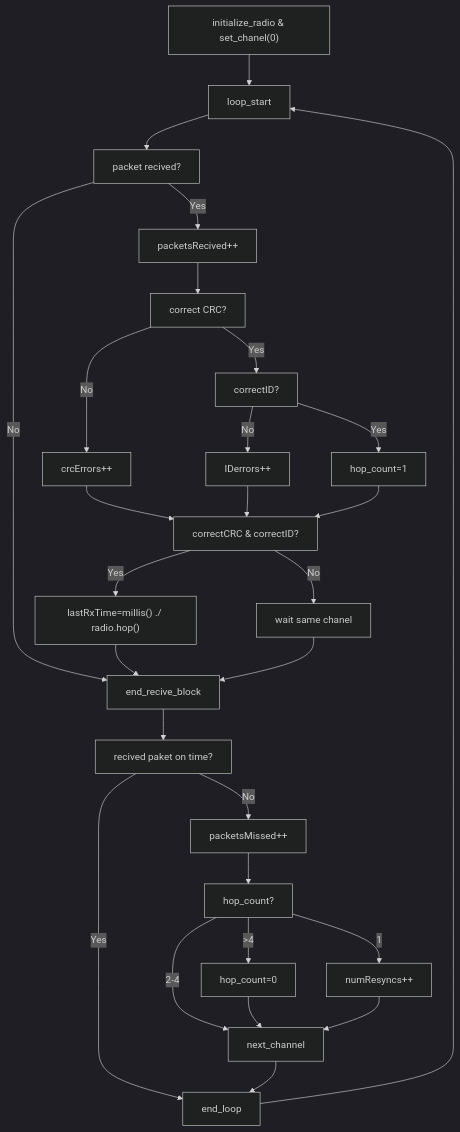
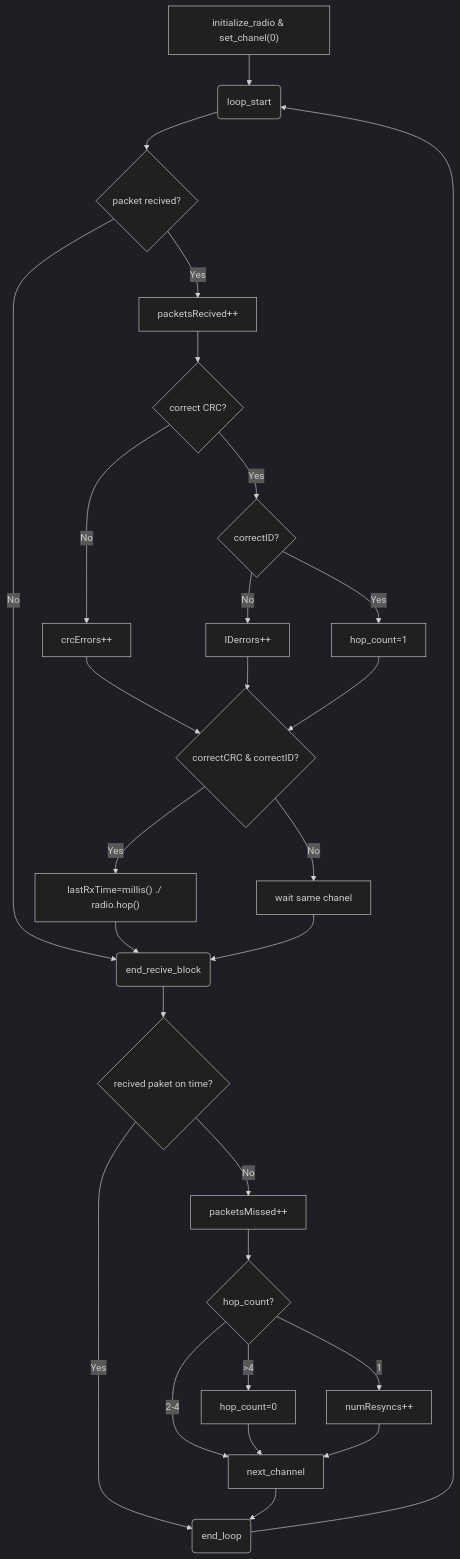
Before and after one commit to DaniAntolin/NodoIoT_RFM69: the diagram in README.md, drawn with Mermaid (dark theme).

````diff
--- a/README.md
+++ b/README.md
@@ -41,30 +41,30 @@
 ```mermaid
 graph TD;
-    1["initialize_radio & set_chanel(0)"]-->2["loop_start"];
-    2["loop_start"]-->3["packet recived?"];
-    3["packet recived?"]-- Yes -->4["packetsRecived++"];
-    3["packet recived?"]-- No -->13["end_recive_block"];
-    4["packetsRecived++"]-->5["correct CRC?"];
-    5["correct CRC?"]-- Yes -->6["correctID?"];
-    5["correct CRC?"]-- No -->7["crcErrors++"];
-    6["correctID?"]-- Yes -->9["hop_count=1"];
-    6["correctID?"]-- No -->8["IDerrors++"];
-    7["crcErrors++"]-->10["correctCRC & correctID?"];
-    8["IDerrors++"]-->10["correctCRC & correctID?"];
-    9["hop_count=1"]-->10["correctCRC & correctID?"];
-    10["correctCRC & correctID?"]-- Yes -->11["lastRxTime=millis() ./ radio.hop()"];
-    10["correctCRC & correctID?"]-- No -->12["wait same chanel"];
-    11["lastRxTime=millis() ./ radio.hop()"]-->13["end_recive_block"];
-    12["wait same chanel"]-->13["end_recive_block"];
-    13["end_recive_block"]-->14["recived paket on time?"];
-    14["recived paket on time?"]-- No -->15["packetsMissed++"];
-    14["recived paket on time?"]-- Yes -->20["end_loop"];
-    15["packetsMissed++"]-->16["hop_count?"];
-    16["hop_count?"]-- 2-4 -->19["next_channel"];
-    16["hop_count?"]-- >4 -->17["hop_count=0"];
-    16["hop_count?"]-- 1 -->18["numResyncs++"];
+    1["initialize_radio & set_chanel(0)"]-->2("loop_start");
+    2("loop_start")-->3{"packet recived?"};
+    3{"packet recived?"}-- Yes -->4["packetsRecived++"];
+    3{"packet recived?"}-- No -->13("end_recive_block");
+    4["packetsRecived++"]-->5{"correct CRC?"};
+    5{"correct CRC?"}-- Yes -->6{"correctID?"};
+    5{"correct CRC?"}-- No -->7["crcErrors++"];
+    6{"correctID?"}-- Yes -->9["hop_count=1"];
+    6{"correctID?"}-- No -->8["IDerrors++"];
+    7["crcErrors++"]-->10{"correctCRC & correctID?"};
+    8["IDerrors++"]-->10{"correctCRC & correctID?"};
+    9["hop_count=1"]-->10{"correctCRC & correctID?"};
+    10{"correctCRC & correctID?"}-- Yes -->11["lastRxTime=millis() ./ radio.hop()"];
+    10{"correctCRC & correctID?"}-- No -->12["wait same chanel"];
+    11["lastRxTime=millis() ./ radio.hop()"]-->13("end_recive_block");
+    12["wait same chanel"]-->13("end_recive_block");
+    13("end_recive_block")-->14["recived paket on time?"];
+    14{"recived paket on time?"}-- No -->15["packetsMissed++"];
+    14{"recived paket on time?"}-- Yes -->20("end_loop");
+    15["packetsMissed++"]-->16{"hop_count?"};
+    16{"hop_count?"}-- 2-4 -->19["next_channel"];
+    16{"hop_count?"}-- >4 -->17["hop_count=0"];
+    16{"hop_count?"}-- 1 -->18["numResyncs++"];
     17["hop_count=0"]-->19["next_channel"];
     18["numResyncs++"]-->19["next_channel"];
-    19["next_channel"]-->20["end_loop"];
-    20["end_loop"]-->2["loop_start"];
+    19["next_channel"]-->20("end_loop");
+    20("end_loop")-->2("loop_start");
 ```
````
